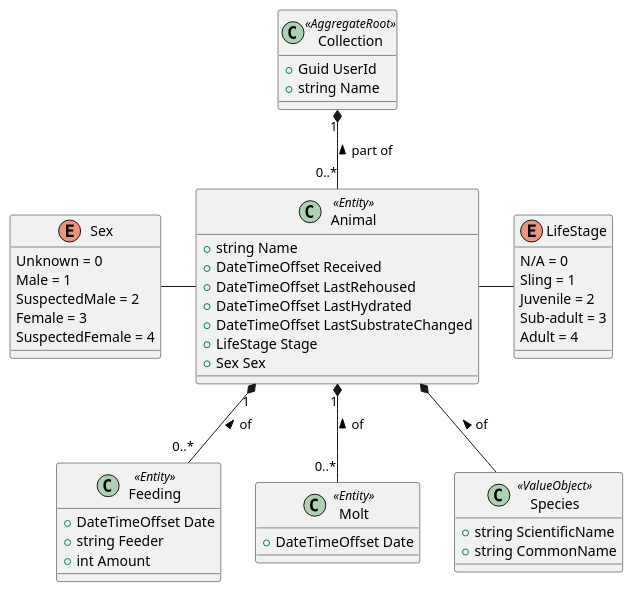
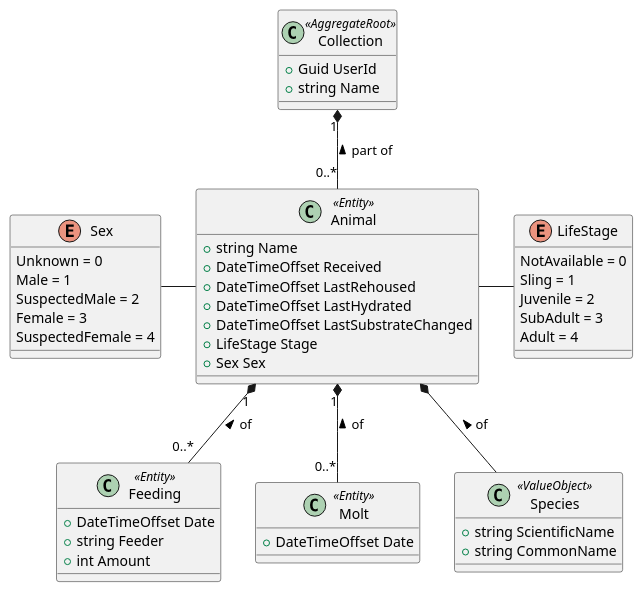
Before and after one commit to swiftybathero/EightCare: the diagram in docs/domain_model.puml, drawn with PlantUML. The commit also changed 8 other files, not shown here.

```diff
--- a/docs/domain_model.puml
+++ b/docs/domain_model.puml
@@ -1,59 +1,59 @@
 @startuml Domain Model
 
 ' Class definitions
 class Collection << AggregateRoot >> {
   + Guid UserId
   + string Name
 }
 
 class Animal << Entity >> {
   + string Name
   + DateTimeOffset Received
   + DateTimeOffset LastRehoused
   + DateTimeOffset LastHydrated
   + DateTimeOffset LastSubstrateChanged
   + LifeStage Stage
   + Sex Sex
 }
 
 class Feeding << Entity >> {
   + DateTimeOffset Date
   + string Feeder
   + int Amount
 }
 
 class Molt << Entity >> {
   + DateTimeOffset Date
 }
 
 class Species << ValueObject >> {
   + string ScientificName
   + string CommonName
 }
 
 ' Enums
 enum LifeStage {
-  N/A = 0
+  NotAvailable = 0
   Sling = 1
   Juvenile = 2
-  Sub-adult = 3
+  SubAdult = 3
   Adult = 4
 }
 
 enum Sex {
   Unknown = 0
   Male = 1
   SuspectedMale = 2
   Female = 3
   SuspectedFemale = 4
 }
 
 ' Relations
 Collection "1" *-- "0..*" Animal : part of <
 Animal "1" *-- "0..*" Feeding : of <
 Animal "1" *-- "0..*" Molt : of <
 Animal *-- Species : of <
 Animal -right- LifeStage
 Animal -left- Sex
 
 @enduml
```
